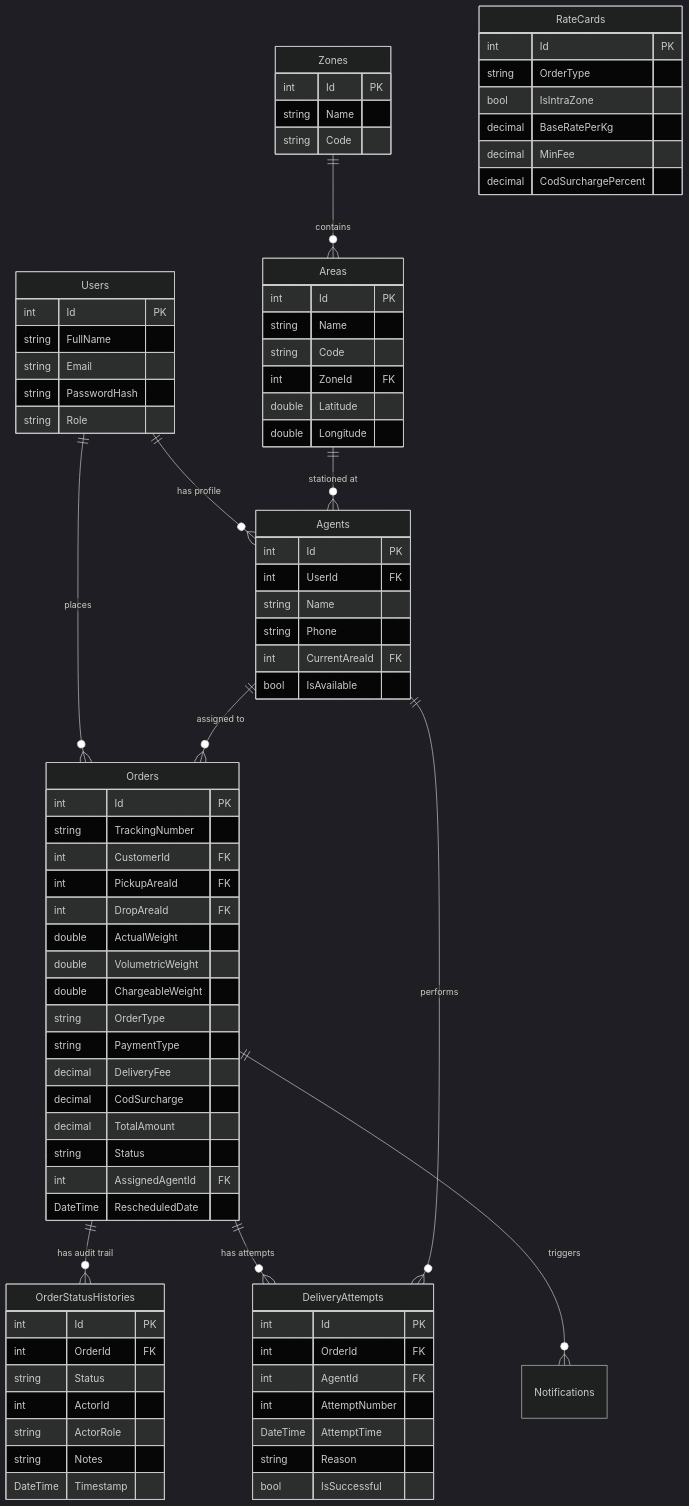
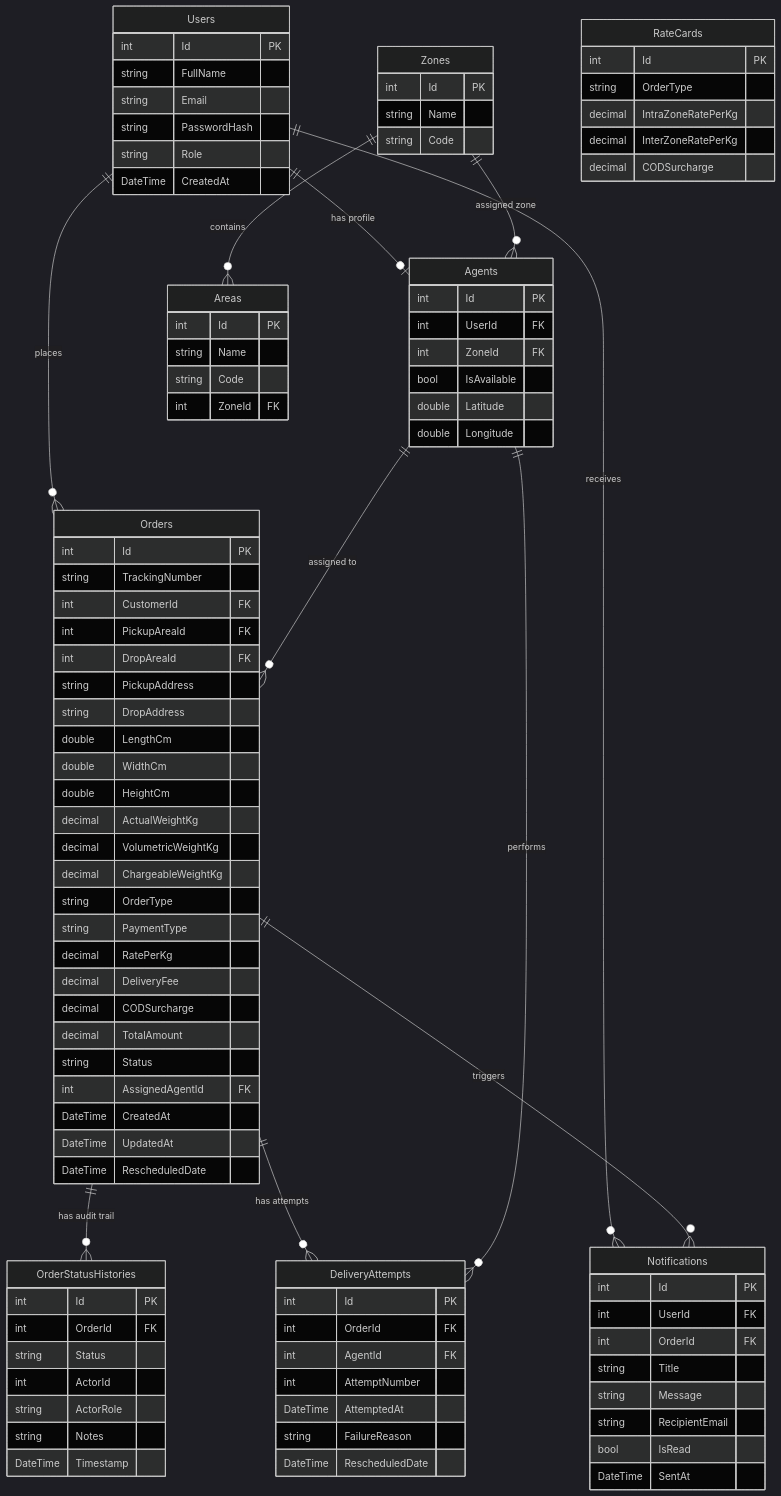
One commit to VaishnavSreekumar/DeliveryTracker changed the diagram in docs/ARCHITECTURE.md. Above: the diagram before and after it, drawn with Mermaid (dark theme). The commit also changed other lines of this file and 4 other files, not shown here.

````diff
--- a/docs/ARCHITECTURE.md
+++ b/docs/ARCHITECTURE.md
@@ -10,9 +10,10 @@
 ```mermaid
 erDiagram
     Users ||--o{ Orders : "places"
-    Users ||--o{ Agents : "has profile"
+    Users ||--o| Agents : "has profile"
+    Users ||--o{ Notifications : "receives"
     Zones ||--o{ Areas : "contains"
-    Areas ||--o{ Agents : "stationed at"
+    Zones ||--o{ Agents : "assigned zone"
     Orders ||--o{ OrderStatusHistories : "has audit trail"
     Orders ||--o{ DeliveryAttempts : "has attempts"
     Orders ||--o{ Notifications : "triggers"
@@ -25,6 +26,7 @@
         string Email
         string PasswordHash
         string Role
+        DateTime CreatedAt
     }
 
     Zones {
@@ -38,26 +40,23 @@
         string Name
         string Code
         int ZoneId FK
-        double Latitude
-        double Longitude
     }
 
     RateCards {
         int Id PK
         string OrderType
-        bool IsIntraZone
-        decimal BaseRatePerKg
-        decimal MinFee
-        decimal CodSurchargePercent
+        decimal IntraZoneRatePerKg
+        decimal InterZoneRatePerKg
+        decimal CODSurcharge
     }
 
     Agents {
         int Id PK
         int UserId FK
-        string Name
-        string Phone
-        int CurrentAreaId FK
+        int ZoneId FK
         bool IsAvailable
+        double Latitude
+        double Longitude
     }
 
     Orders {
@@ -66,16 +65,24 @@
         int CustomerId FK
         int PickupAreaId FK
         int DropAreaId FK
-        double ActualWeight
-        double VolumetricWeight
-        double ChargeableWeight
+        string PickupAddress
+        string DropAddress
+        double LengthCm
+        double WidthCm
+        double HeightCm
+        decimal ActualWeightKg
+        decimal VolumetricWeightKg
+        decimal ChargeableWeightKg
         string OrderType
         string PaymentType
+        decimal RatePerKg
         decimal DeliveryFee
-        decimal CodSurcharge
+        decimal CODSurcharge
         decimal TotalAmount
         string Status
         int AssignedAgentId FK
+        DateTime CreatedAt
+        DateTime UpdatedAt
         DateTime RescheduledDate
     }
 
@@ -94,8 +101,19 @@
         int OrderId FK
         int AgentId FK
         int AttemptNumber
-        DateTime AttemptTime
-        string Reason
-        bool IsSuccessful
+        DateTime AttemptedAt
+        string FailureReason
+        DateTime RescheduledDate
+    }
+
+    Notifications {
+        int Id PK
+        int UserId FK
+        int OrderId FK
+        string Title
+        string Message
+        string RecipientEmail
+        bool IsRead
+        DateTime SentAt
     }
 ```
````
